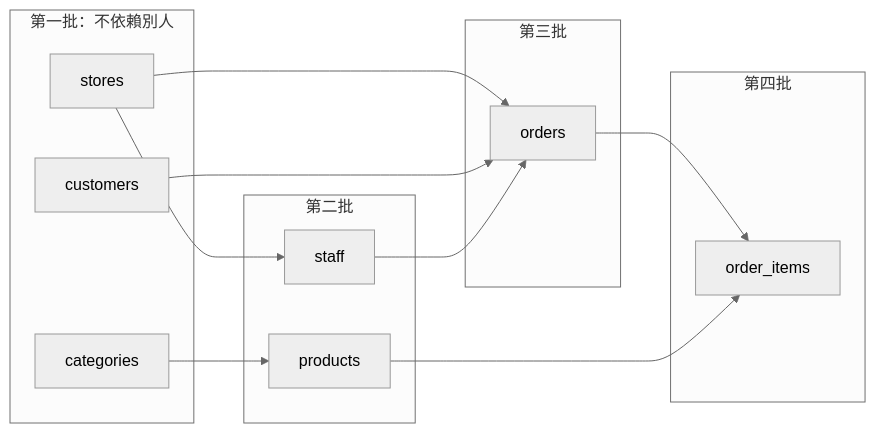
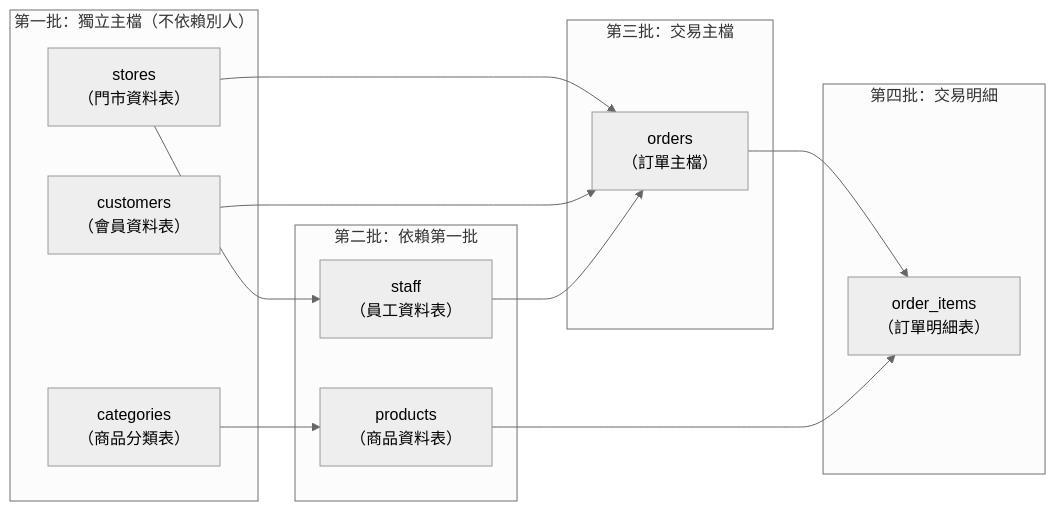
The second of 2 diagrams in SQL語法教學/7創建關聯資料庫.md (roberthsu2003/postgreSQL_MCP), drawn with Mermaid (neutral theme) before and after one commit. The commit also changed other lines of this file and 1 other file, not shown here.

````diff
--- a/SQL語法教學/7創建關聯資料庫.md
+++ b/SQL語法教學/7創建關聯資料庫.md
@@ -85,25 +89,25 @@
 ```mermaid
 flowchart LR
-    subgraph s1["第一批：不依賴別人"]
-        A[stores]
-        B[categories]
-        C[customers]
+    subgraph s1["第一批：獨立主檔（不依賴別人）"]
+        A["stores<br/>（門市資料表）"]
+        B["categories<br/>（商品分類表）"]
+        C["customers<br/>（會員資料表）"]
     end
-    subgraph s2["第二批"]
-        D[staff]
-        E[products]
+    subgraph s2["第二批：依賴第一批"]
+        D["staff<br/>（員工資料表）"]
+        E["products<br/>（商品資料表）"]
     end
-    subgraph s3["第三批"]
-        F[orders]
+    subgraph s3["第三批：交易主檔"]
+        F["orders<br/>（訂單主檔）"]
     end
-    subgraph s4["第四批"]
-        G[order_items]
+    subgraph s4["第四批：交易明細"]
+        G["order_items<br/>（訂單明細表）"]
     end
     A --> D
     B --> E
     A --> F
     C --> F
     D --> F
     F --> G
     E --> G
 ```
````
